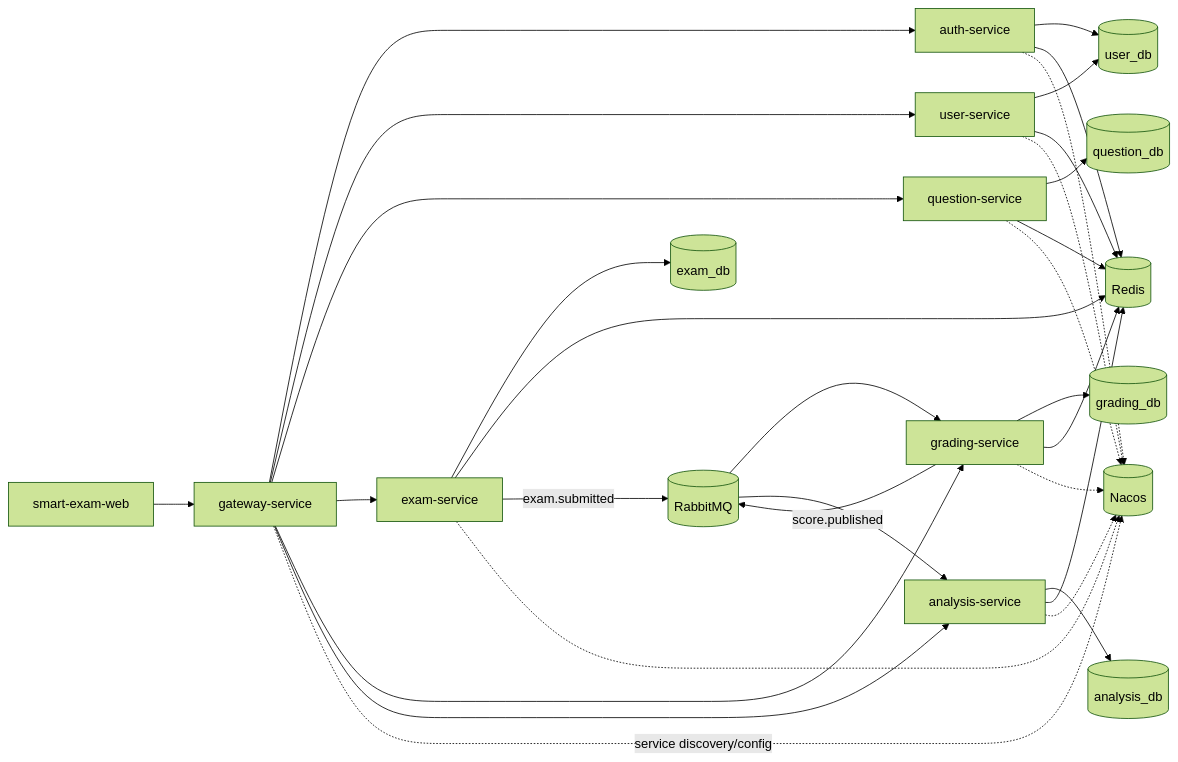
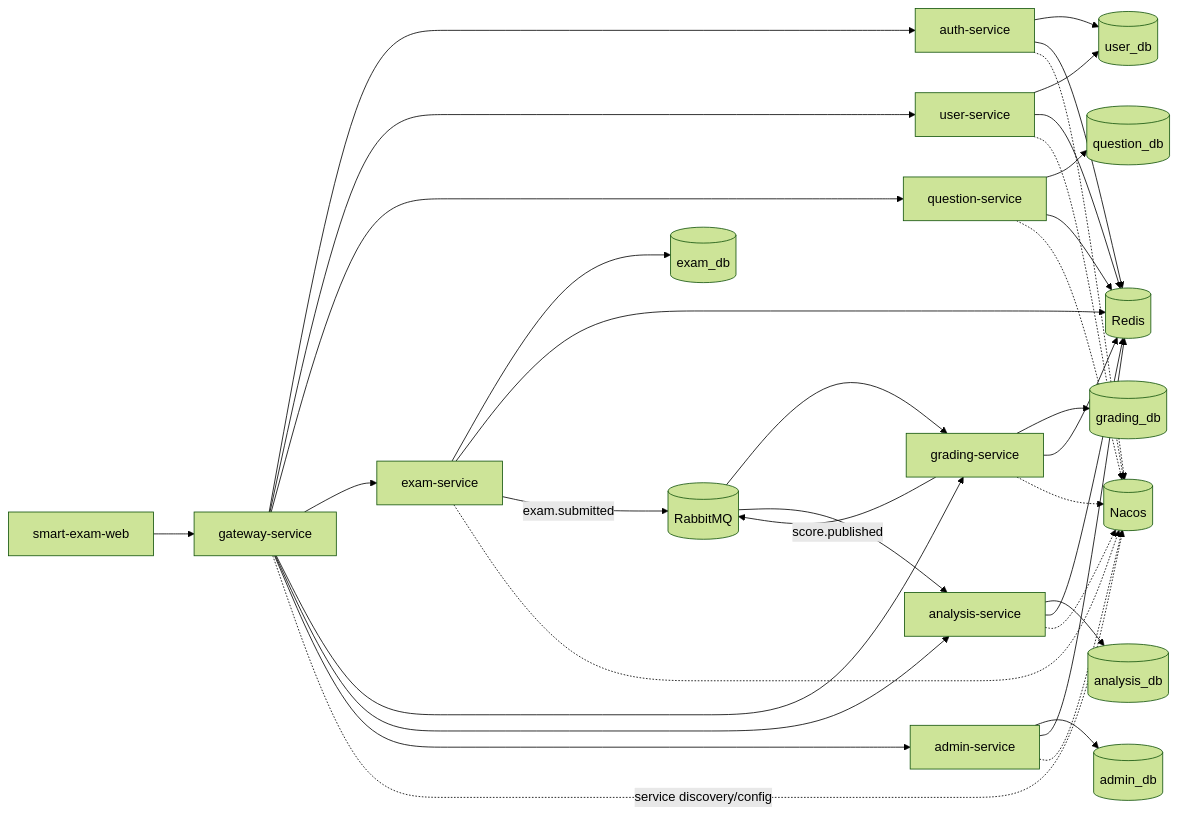
The diagram in docs/ARCHITECTURE.md (zyf-github100/smart-exam-cloud), drawn with Mermaid (forest theme) before and after one commit. The commit also changed other lines of this file and 39 other files, not shown here.

````diff
--- a/docs/ARCHITECTURE.md
+++ b/docs/ARCHITECTURE.md
@@ -31,37 +31,41 @@
 ```mermaid
 flowchart LR
   Web[smart-exam-web] --> GW[gateway-service]
   GW --> AUTH[auth-service]
   GW --> USER[user-service]
   GW --> Q[question-service]
   GW --> EXAM[exam-service]
   GW --> GRADING[grading-service]
   GW --> ANALYSIS[analysis-service]
+  GW --> ADMIN[admin-service]
 
   AUTH --> UDB[(user_db)]
   USER --> UDB
   Q --> QDB[(question_db)]
   EXAM --> EDB[(exam_db)]
   GRADING --> GDB[(grading_db)]
   ANALYSIS --> ADB[(analysis_db)]
+  ADMIN --> ADM[(admin_db)]
 
   AUTH --> Redis[(Redis)]
   USER --> Redis
   Q --> Redis
   EXAM --> Redis
   GRADING --> Redis
   ANALYSIS --> Redis
+  ADMIN --> Redis
 
   EXAM -->|exam.submitted| MQ[(RabbitMQ)]
   MQ --> GRADING
   GRADING -->|score.published| MQ
   MQ --> ANALYSIS
 
   GW -.service discovery/config.-> Nacos[(Nacos)]
   AUTH -.-> Nacos
   USER -.-> Nacos
   Q -.-> Nacos
   EXAM -.-> Nacos
   GRADING -.-> Nacos
   ANALYSIS -.-> Nacos
+  ADMIN -.-> Nacos
 ```
````
